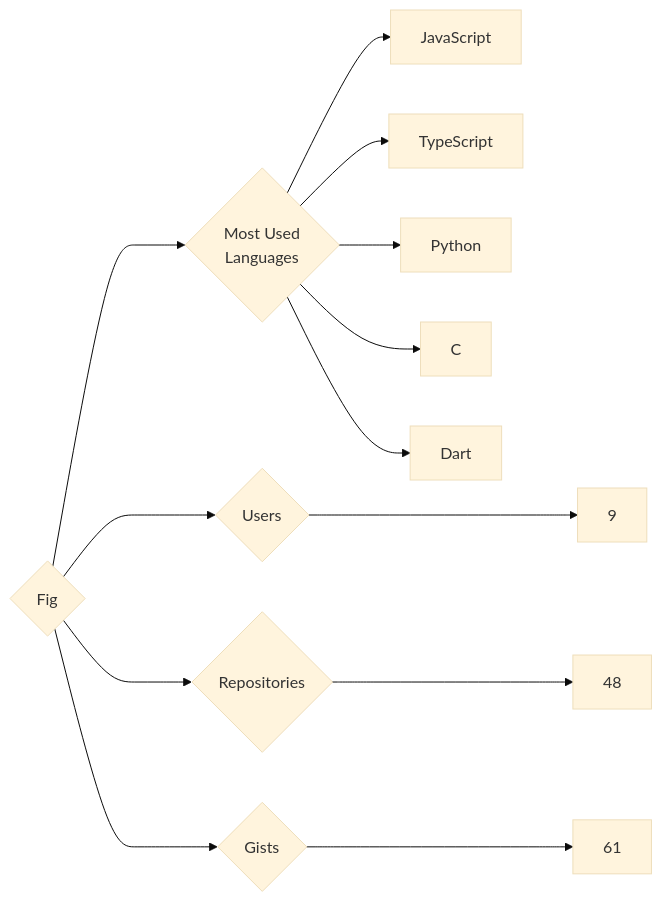
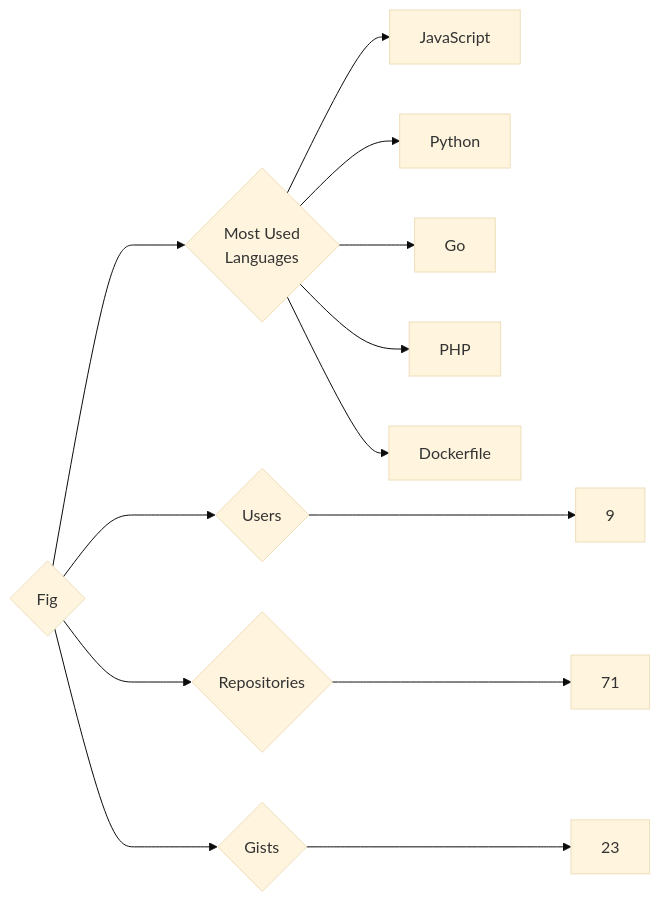
Before and after one commit to trickest/insiders: the diagram in targets/Fig/README.md, drawn with Mermaid (base theme). The commit also changed 934 other files, not shown here.

````diff
--- a/targets/Fig/README.md
+++ b/targets/Fig/README.md
@@ -3,13 +3,13 @@
 ```mermaid
 graph LR
 COMPANY_NAME{Fig}
 COMPANY_NAME ---> U{Users} ---> UN[9]
-COMPANY_NAME ---> R{Repositories} ---> RN[48]
-COMPANY_NAME ---> G{Gists} ---> GN[61]
+COMPANY_NAME ---> R{Repositories} ---> RN[71]
+COMPANY_NAME ---> G{Gists} ---> GN[23]
 COMPANY_NAME ---> ML{Most Used<br>Languages}
 ML --> JavaScript[JavaScript]
-ML --> TypeScript[TypeScript]
 ML --> Python[Python]
-ML --> C[C]
-ML --> Dart[Dart]
+ML --> Go[Go]
+ML --> PHP[PHP]
+ML --> Dockerfile[Dockerfile]
 ```
````
